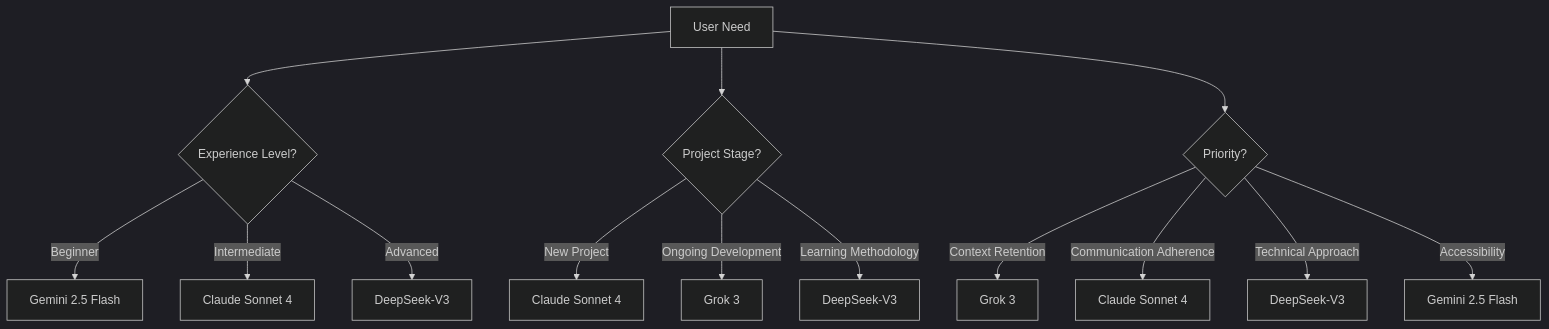
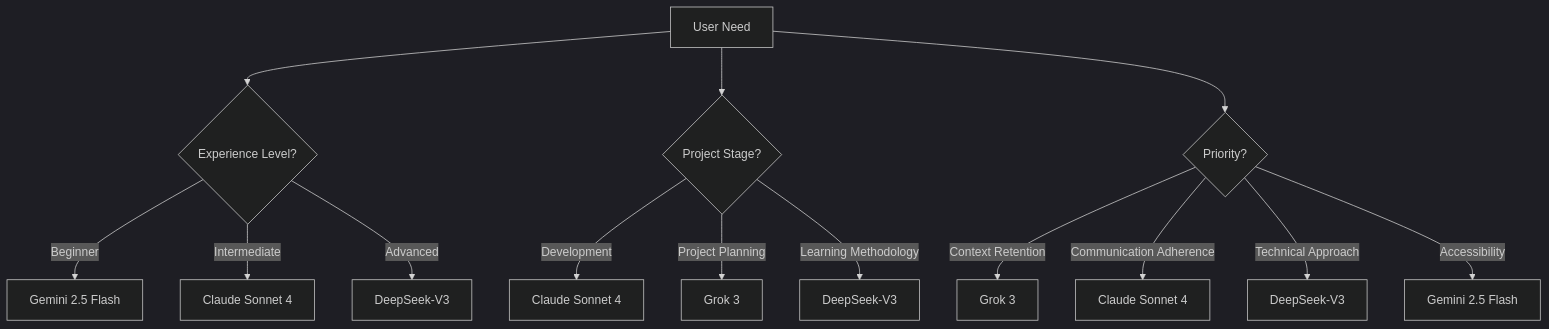
Before and after one commit to setner111/Disciplined-AI-Software-Development: diagram 11 of 11 in questions_answers/Q-A_COMPREHENSION_ANALYSIS.md, drawn with Mermaid (dark theme).

Commit message:
Update Q-A_COMPREHENSION_ANALYSIS.md
Fix: Uncaught mix-up in Diagram

````diff
--- a/questions_answers/Q-A_COMPREHENSION_ANALYSIS.md
+++ b/questions_answers/Q-A_COMPREHENSION_ANALYSIS.md
@@ -237,18 +237,18 @@
 ```mermaid
 flowchart TD
     A[User Need] --> B{Experience Level?}
     B -->|Beginner| C[Gemini 2.5 Flash]
     B -->|Intermediate| D[Claude Sonnet 4]
     B -->|Advanced| E[DeepSeek-V3]
     
     A --> F{Project Stage?}
-    F -->|New Project| G[Claude Sonnet 4]
-    F -->|Ongoing Development| H[Grok 3]
+    F -->|Development| G[Claude Sonnet 4]
+    F -->|Project Planning| H[Grok 3]
     F -->|Learning Methodology| I[DeepSeek-V3]
     
     A --> J{Priority?}
     J -->|Context Retention| K[Grok 3]
     J -->|Communication Adherence| L[Claude Sonnet 4]
     J -->|Technical Approach| M[DeepSeek-V3]
     J -->|Accessibility| N[Gemini 2.5 Flash]
 ```
````
